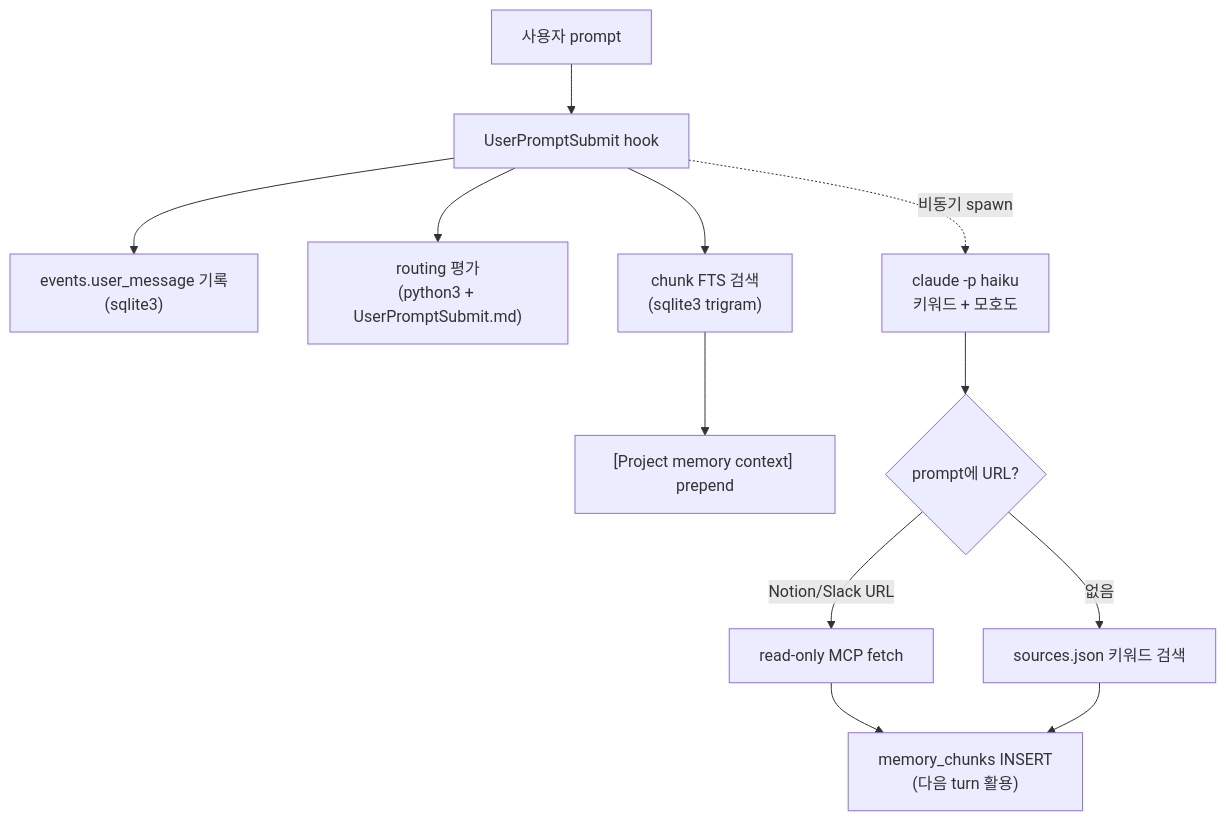
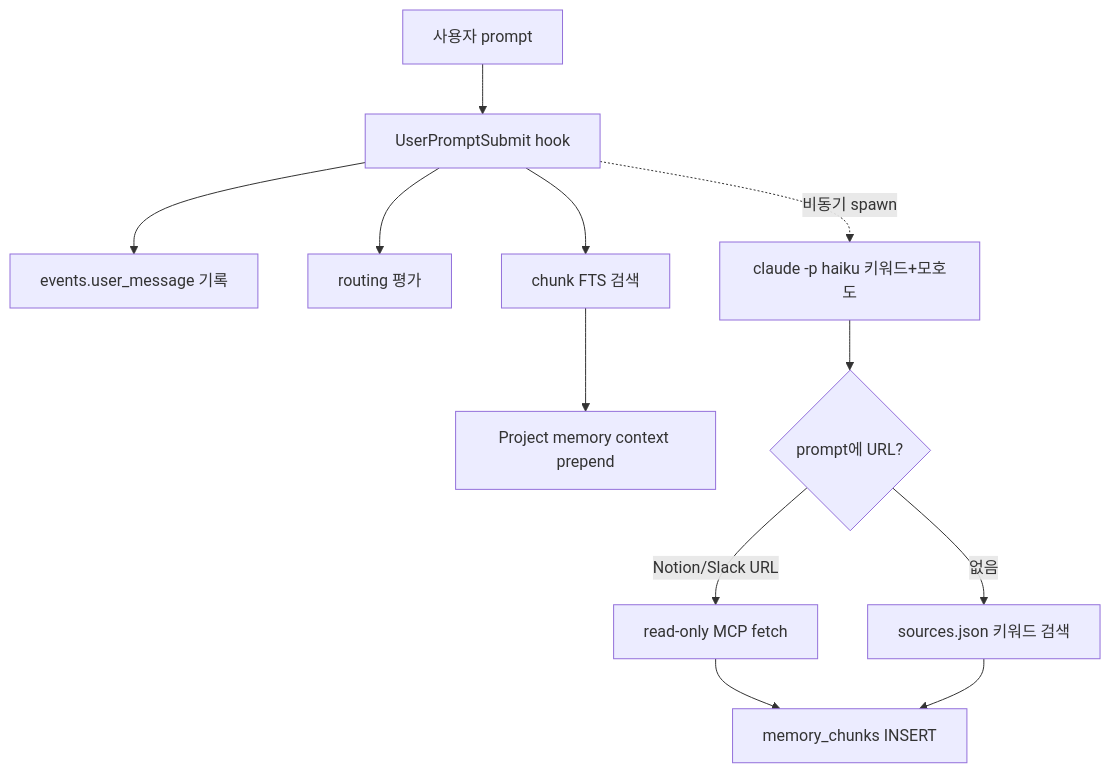
Before and after one commit to taeuk178/MultiAgentCLI: the diagram in flow.md, drawn with Mermaid. The commit also changed 1 other file, not shown here.

Commit message:
전체 플로우 mermaid를 sequenceDiagram에서 flowchart로 변경
Warp의 mermaid 렌더러가 sequenceDiagram의 -) async 화살표·activate/deactivate·
par/and/end 신문법에서 멈춰 Rendering Mermaid diagram… 상태로 정지하던 문제를
해결한다. 같은 환경에서 이미 검증된 flowchart syntax로 시간 흐름은 위→아래,
동시성은 점선으로 표현해 의미 손실 없이 변환했다. flow.md UPS 다이어그램의
따옴표 라벨·br 태그도 같은 보수적 스타일로 정리.

````diff
--- a/flow.md
+++ b/flow.md
@@ -33,14 +33,14 @@
 ```mermaid
 flowchart TB
     P[사용자 prompt] --> S[UserPromptSubmit hook]
-    S --> E1["events.user_message 기록<br/>(sqlite3)"]
-    S --> R["routing 평가<br/>(python3 + UserPromptSubmit.md)"]
-    S --> F["chunk FTS 검색<br/>(sqlite3 trigram)"]
-    F --> CTX["[Project memory context] prepend"]
-    S -.비동기 spawn.-> A["claude -p haiku<br/>키워드 + 모호도"]
+    S --> E1[events.user_message 기록]
+    S --> R[routing 평가]
+    S --> F[chunk FTS 검색]
+    F --> CTX[Project memory context prepend]
+    S -.비동기 spawn.-> A[claude -p haiku 키워드+모호도]
     A --> U{prompt에 URL?}
-    U -->|Notion/Slack URL| FETCH["read-only MCP fetch"]
-    U -->|없음| KW["sources.json 키워드 검색"]
-    FETCH --> I["memory_chunks INSERT<br/>(다음 turn 활용)"]
+    U -->|Notion/Slack URL| FETCH[read-only MCP fetch]
+    U -->|없음| KW[sources.json 키워드 검색]
+    FETCH --> I[memory_chunks INSERT]
     KW --> I
 ```
````
